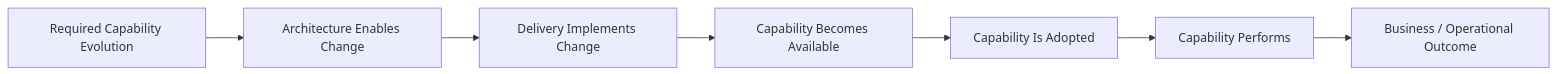
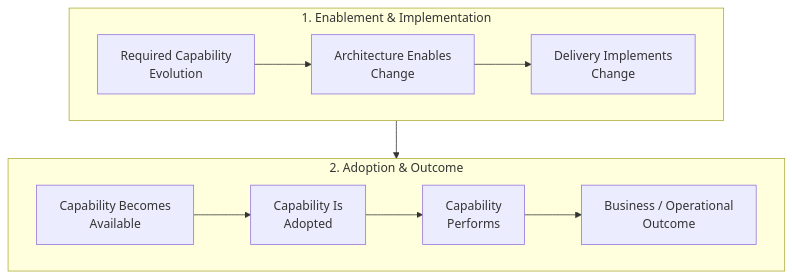
Before and after one commit to avfranco-br/portfolio: the third of 5 diagrams in docs/sop/05-value-realisation-handover.md, drawn with Mermaid. The commit also changed other lines of this file and 10 other files, not shown here.

Commit message:
Refactor Mermaid diagrams across SOP and methods documentation for legibility

````diff
--- a/docs/sop/05-value-realisation-handover.md
+++ b/docs/sop/05-value-realisation-handover.md
@@ -766,9 +790,16 @@
 ```mermaid
-flowchart LR
-    A["Required Capability Evolution"] --> B["Architecture Enables Change"]
-    B --> C["Delivery Implements Change"]
-    C --> D["Capability Becomes Available"]
-    D --> E["Capability Is Adopted"]
-    E --> F["Capability Performs"]
-    F --> G["Business / Operational Outcome"]
+flowchart TD
+    subgraph Enablement["1. Enablement & Implementation"]
+        direction LR
+        A["Required Capability<br/>Evolution"] --> B["Architecture Enables<br/>Change"]
+        B --> C["Delivery Implements<br/>Change"]
+    end
+
+    subgraph Realisation["2. Adoption & Outcome"]
+        direction LR
+        D["Capability Becomes<br/>Available"] --> E["Capability Is<br/>Adopted"]
+        E --> F["Capability<br/>Performs"] --> G["Business / Operational<br/>Outcome"]
+    end
+
+    C --> D
 ```
````
